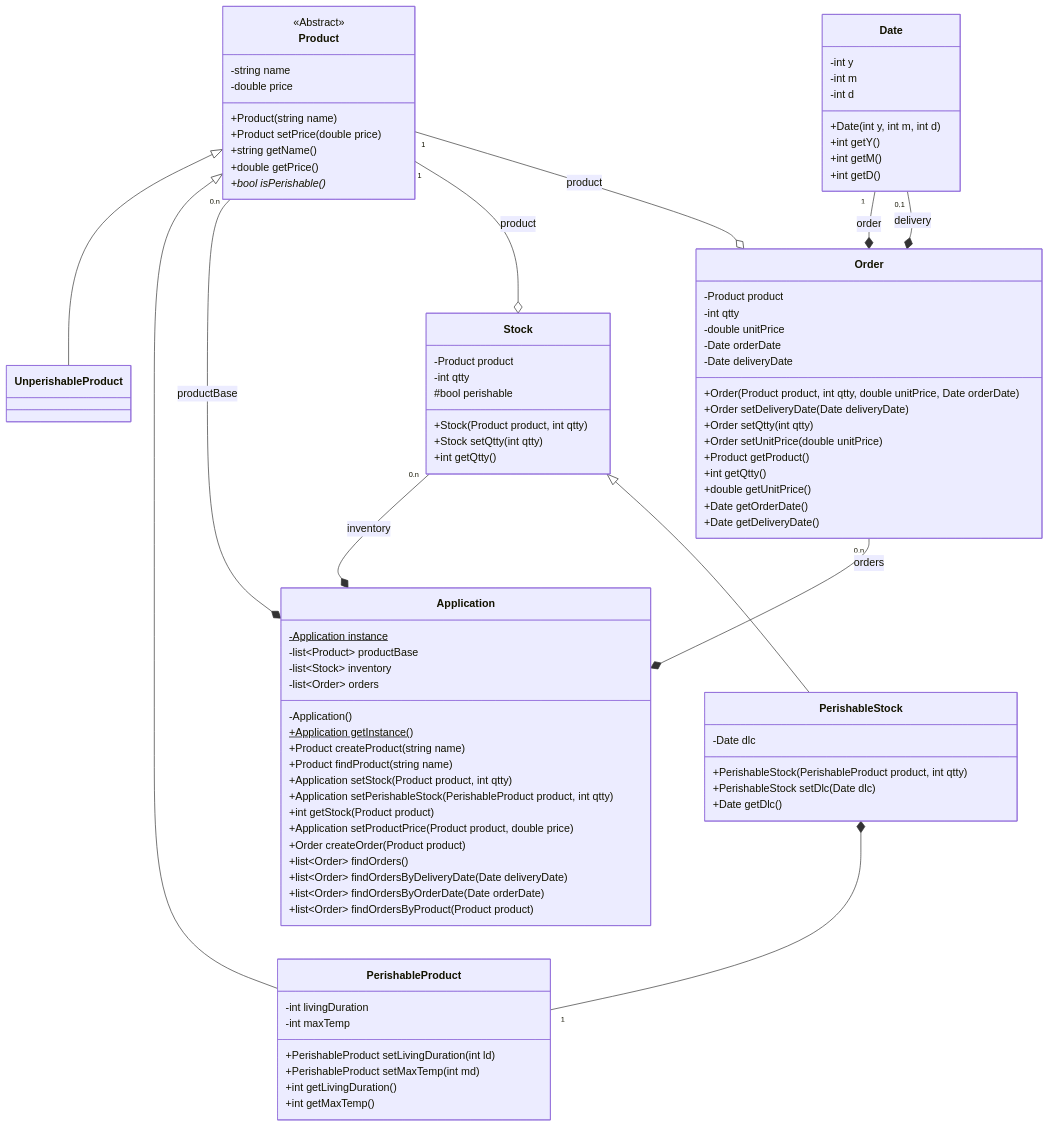
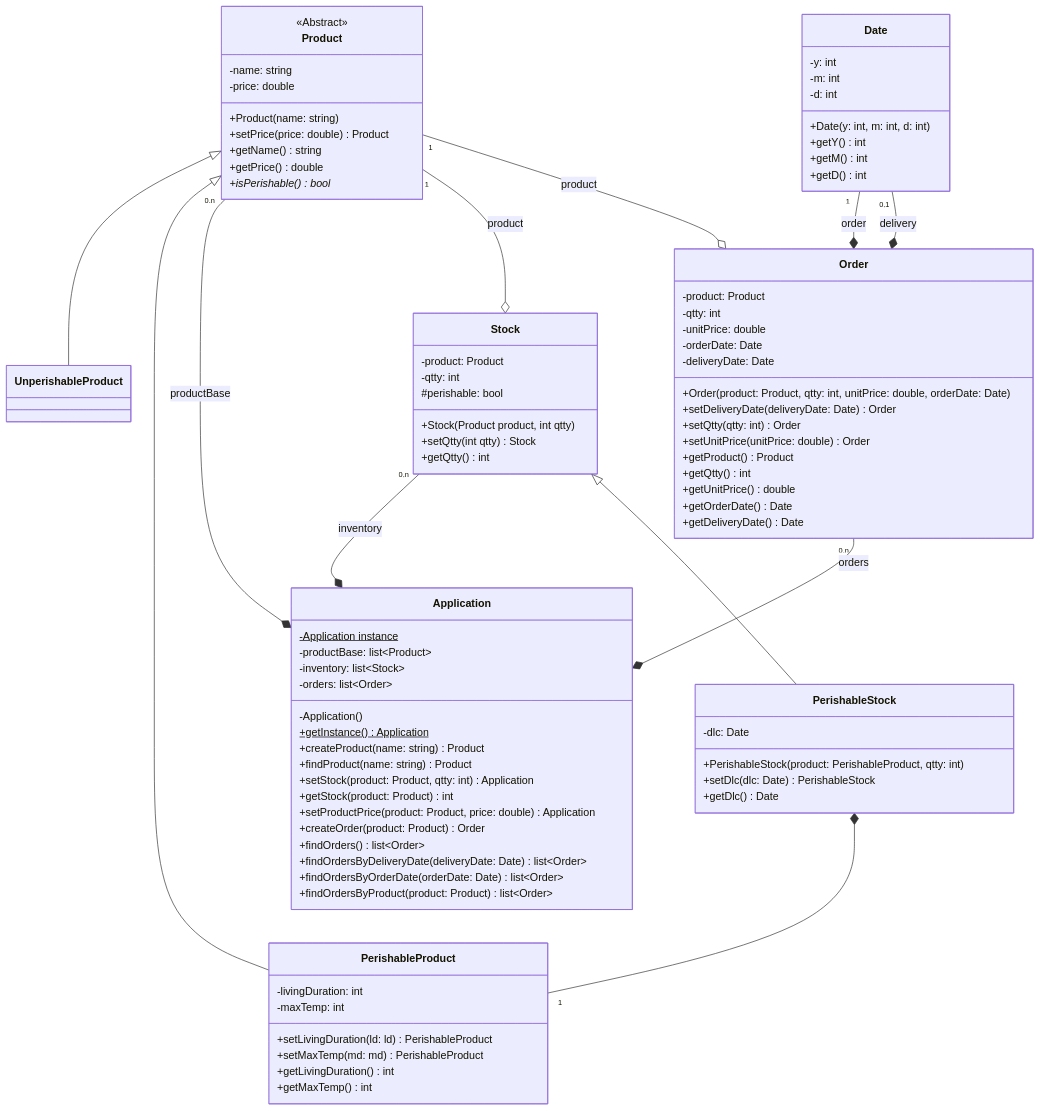
Before and after one commit to esirem-chassel/3aa-progadv: the seventh of 9 diagrams in Activités/act2-uml-basics.md, drawn with Mermaid. The commit also changed other lines of this file, not shown here.

````diff
--- a/Activités/act2-uml-basics.md
+++ b/Activités/act2-uml-basics.md
@@ -468,87 +466,86 @@
 ```mermaid
 classDiagram
   class Product <<Abstract>> {
-    -string name
-    -double price
-    +Product(string name)
-    +Product setPrice(double price)
-    +string getName()
-    +double getPrice()
-    +bool isPerishable()*
+    -name: string
+    -price: double
+    +Product(name: string)
+    +setPrice(price: double) Product
+    +getName() string
+    +getPrice() double
+    +isPerishable()* bool
   }
 
   class UnperishableProduct { }
 
   class PerishableProduct {
-    -int livingDuration
-    -int maxTemp
-    +PerishableProduct setLivingDuration(int ld)
-    +PerishableProduct setMaxTemp(int md)
-    +int getLivingDuration()
-    +int getMaxTemp()
+    -livingDuration: int
+    -maxTemp: int
+    +setLivingDuration(ld: ld) PerishableProduct
+    +setMaxTemp(md: md) PerishableProduct
+    +getLivingDuration() int
+    +getMaxTemp() int
   }
 
   class Date {
-    -int y
-    -int m
-    -int d
-    +Date(int y, int m, int d)
-    +int getY()
-    +int getM()
-    +int getD()
+    -y: int
+    -m: int
+    -d: int
+    +Date(y: int, m: int, d: int)
+    +getY() int
+    +getM() int
+    +getD() int
   }
 
   class Order {
-    -Product product
-    -int qtty
-    -double unitPrice
-    -Date orderDate
-    -Date deliveryDate
-    +Order(Product product, int qtty, double unitPrice, Date orderDate)
-    +Order setDeliveryDate(Date deliveryDate)
-    +Order setQtty(int qtty)
-    +Order setUnitPrice(double unitPrice)
-    +Product getProduct()
-    +int getQtty()
-    +double getUnitPrice()
-    +Date getOrderDate()
-    +Date getDeliveryDate()
+    -product: Product
+    -qtty: int
+    -unitPrice: double
+    -orderDate: Date
+    -deliveryDate: Date
+    +Order(product: Product, qtty: int, unitPrice: double, orderDate: Date)
+    +setDeliveryDate(deliveryDate: Date) Order
+    +setQtty(qtty: int) Order
+    +setUnitPrice(unitPrice: double) Order
+    +getProduct() Product
+    +getQtty() int
+    +getUnitPrice() double
+    +getOrderDate() Date
+    +getDeliveryDate() Date
   }
 
   class Stock {
-    -Product product
-    -int qtty
-    #bool perishable
+    -product: Product
+    -qtty: int
+    #perishable: bool
     +Stock(Product product, int qtty)
-    +Stock setQtty(int qtty)
-    +int getQtty()
+    +setQtty(int qtty) Stock
+    +getQtty() int
   }
 
   class PerishableStock {
-    -Date dlc
-    +PerishableStock(PerishableProduct product, int qtty)
-    +PerishableStock setDlc(Date dlc)
-    +Date getDlc()
+    -dlc: Date
+    +PerishableStock(product: PerishableProduct, qtty: int)
+    +setDlc(dlc: Date) PerishableStock
+    +getDlc() Date
   }
 
   class Application {
     -Application instance$
-    -list~Product~ productBase
-    -list~Stock~ inventory
-    -list~Order~ orders
+    -productBase: list~Product~
+    -inventory: list~Stock~
+    -orders: list~Order~
     -Application()
-    +Application getInstance()$
-    +Product createProduct(string name)
-    +Product findProduct(string name)
-    +Application setStock(Product product, int qtty)
-    +Application setPerishableStock(PerishableProduct product, int qtty)
-    +int getStock(Product product)
-    +Application setProductPrice(Product product, double price)
-    +Order createOrder(Product product)
-    +list~Order~ findOrders()
-    +list~Order~ findOrdersByDeliveryDate(Date deliveryDate)
-    +list~Order~ findOrdersByOrderDate(Date orderDate)
-    +list~Order~ findOrdersByProduct(Product product)
+    +getInstance() Application$
+    +createProduct(name: string) Product
+    +findProduct(name: string) Product
+    +setStock(product: Product, qtty: int) Application
+    +getStock(product: Product) int
+    +setProductPrice(product: Product, price: double) Application
+    +createOrder(product: Product) Order
+    +findOrders() list~Order~
+    +findOrdersByDeliveryDate(deliveryDate: Date) list~Order~
+    +findOrdersByOrderDate(orderDate: Date) list~Order~
+    +findOrdersByProduct(product: Product) list~Order~
   }
 
   Product <|-- UnperishableProduct
````
